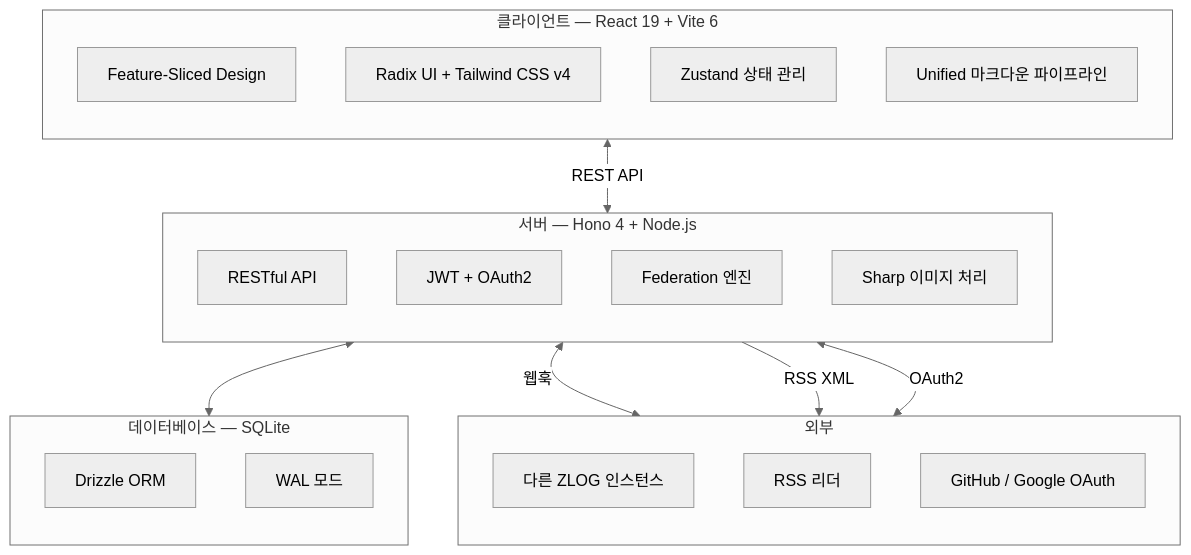
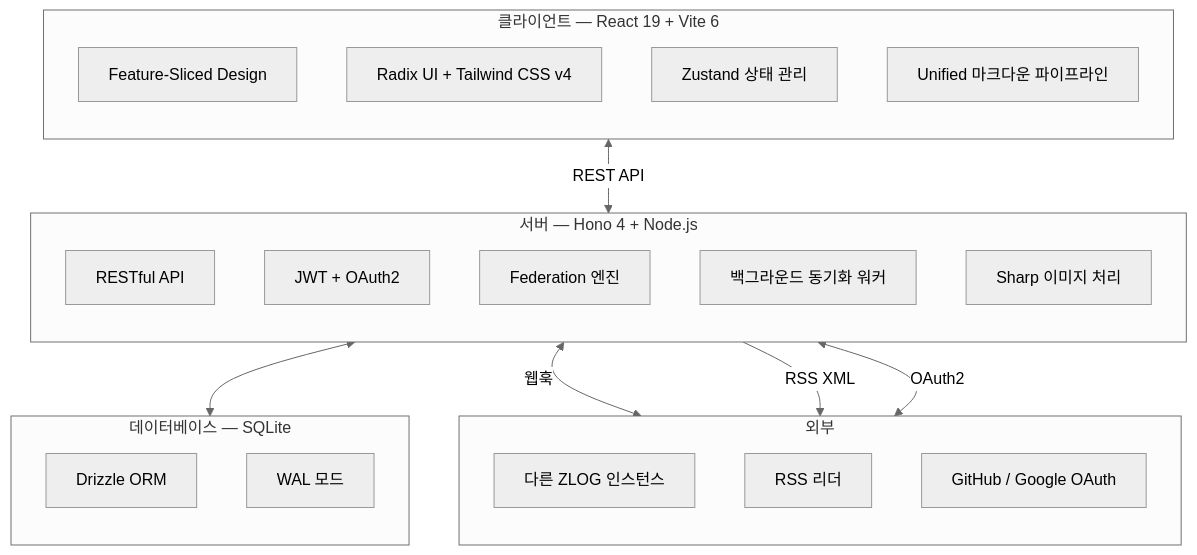
One commit to zebra0303/zlog changed the fourth of 4 diagrams in README.ko.md. Above: the diagram before and after it, drawn with Mermaid (neutral theme). The commit also changed other lines of this file and 3 other files, not shown here.

````diff
--- a/README.ko.md
+++ b/README.ko.md
@@ -265,37 +270,38 @@
 ```mermaid
 flowchart TB
     subgraph client [클라이언트 — React 19 + Vite 6]
         direction TB
         FSD[Feature-Sliced Design]
         UI[Radix UI + Tailwind CSS v4]
         State[Zustand 상태 관리]
         MD[Unified 마크다운 파이프라인]
     end
 
     subgraph server [서버 — Hono 4 + Node.js]
         direction TB
         API[RESTful API]
         Auth[JWT + OAuth2]
         Fed[Federation 엔진]
+        Sync[백그라운드 동기화 워커]
         Img[Sharp 이미지 처리]
     end
 
     subgraph db [데이터베이스 — SQLite]
         direction TB
         Drizzle[Drizzle ORM]
         WAL[WAL 모드]
     end
 
     subgraph external [외부]
         direction TB
         OtherZlog[다른 ZLOG 인스턴스]
         RSSReaders[RSS 리더]
         OAuth[GitHub / Google OAuth]
     end
 
     client <-->|REST API| server
     server <--> db
     server <-->|웹훅| OtherZlog
     server -->|RSS XML| RSSReaders
     server <-->|OAuth2| OAuth
 ```
````
